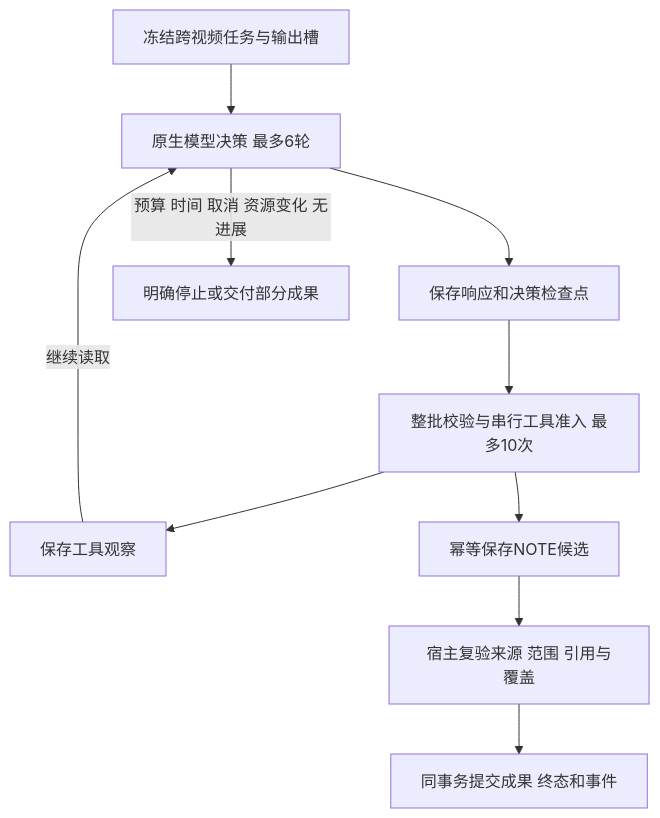
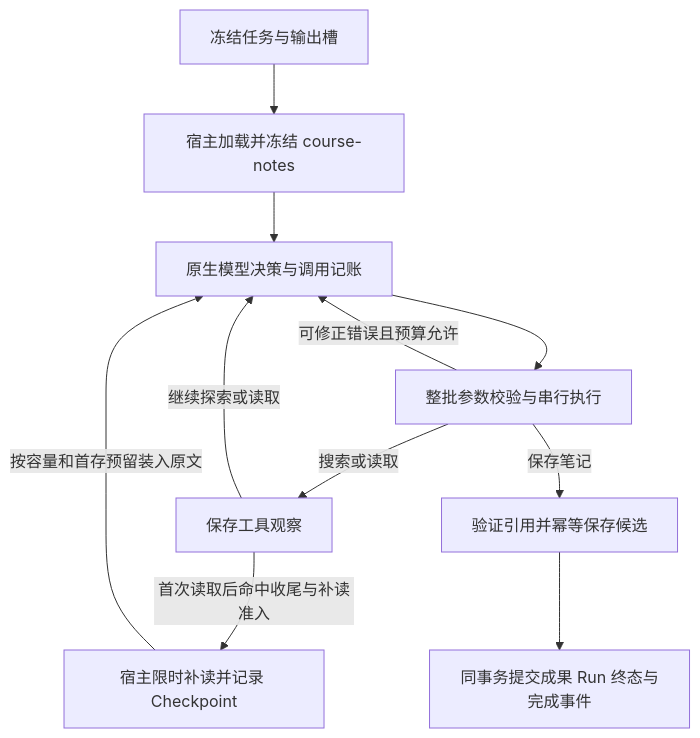
The first of 3 diagrams in README.md (yumestk/VedioMind), drawn with Mermaid before and after one commit. The commit also changed other lines of this file, not shown here.

Commit message:
docs(readme): document bounded-study-v12 architecture and evaluation

````diff
--- a/README.md
+++ b/README.md
@@ -109,12 +110,13 @@
 ```mermaid
 flowchart TD
-    A[冻结跨视频任务与输出槽] --> B[原生模型决策 最多6轮]
-    B --> C[保存响应和决策检查点]
-    C --> D[整批校验与串行工具准入 最多10次]
-    D --> E[保存工具观察]
-    E -->|继续读取| B
-    D --> F[幂等保存NOTE候选]
-    F --> G[宿主复验来源 范围 引用与覆盖]
-    G --> H[同事务提交成果 终态和事件]
-    B -->|预算 时间 取消 资源变化 无进展| I[明确停止或交付部分成果]
+    A[冻结任务与输出槽] --> S[宿主加载并冻结 course-notes]
+    S --> B[原生模型决策与调用记账]
+    B --> C[整批参数校验与串行执行]
+    C -->|搜索或读取| D[保存工具观察]
+    D -->|继续探索或读取| B
+    D -->|首次读取后命中收尾与补读准入| E[宿主限时补读并记录 Checkpoint]
+    E -->|按容量和首存预留装入原文| B
+    C -->|可修正错误且预算允许| B
+    C -->|保存笔记| F[验证引用并幂等保存候选]
+    F --> G[同事务提交成果 Run 终态与完成事件]
 ```
````
